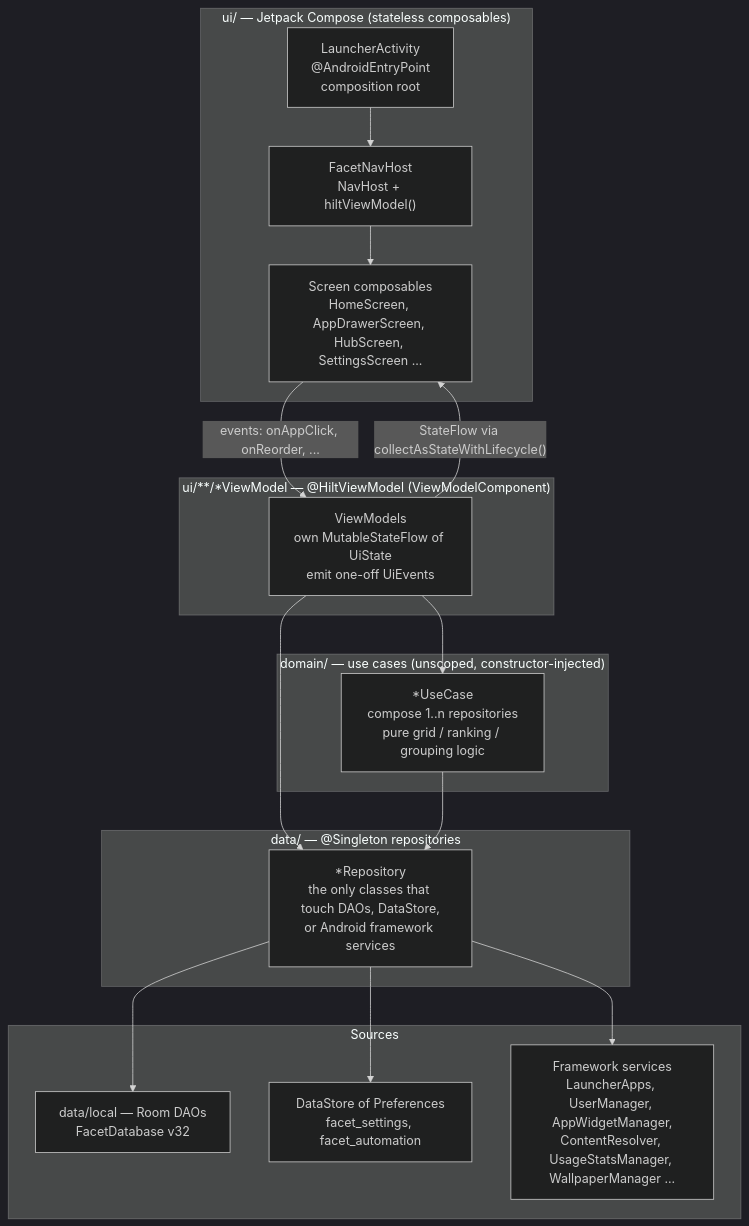
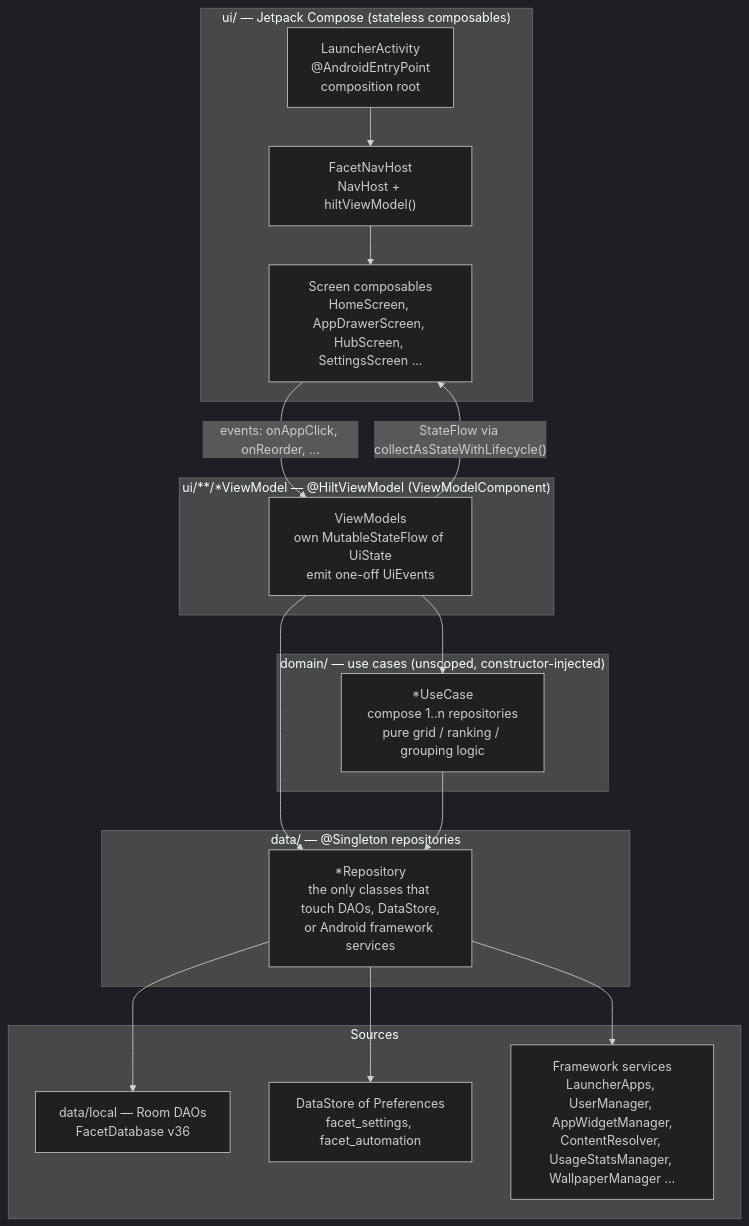
Before and after one commit to rohitganjam/facet-launcher: the first of 3 diagrams in docs/architecture/01-architecture-and-layers.md, drawn with Mermaid (dark theme). The commit also changed other lines of this file and 3 other files, not shown here.

````diff
--- a/docs/architecture/01-architecture-and-layers.md
+++ b/docs/architecture/01-architecture-and-layers.md
@@ -8,36 +8,36 @@
 ```mermaid
 flowchart TB
     subgraph UI["ui/ — Jetpack Compose (stateless composables)"]
         ACT["LauncherActivity\n@AndroidEntryPoint\ncomposition root"]
         NAV["FacetNavHost\nNavHost + hiltViewModel()"]
         SCR["Screen composables\nHomeScreen, AppDrawerScreen, HubScreen, SettingsScreen ..."]
         ACT --> NAV --> SCR
     end
 
     subgraph VM["ui/**/*ViewModel — @HiltViewModel (ViewModelComponent)"]
         VMS["ViewModels\nown MutableStateFlow of UiState\nemit one-off UiEvents"]
     end
 
     subgraph DOM["domain/ — use cases (unscoped, constructor-injected)"]
         UC["*UseCase\ncompose 1..n repositories\npure grid / ranking / grouping logic"]
     end
 
     subgraph DATA["data/ — @Singleton repositories"]
         REPO["*Repository\nthe only classes that touch DAOs, DataStore,\nor Android framework services"]
     end
 
     subgraph SRC["Sources"]
-        DAO["data/local — Room DAOs\nFacetDatabase v32"]
+        DAO["data/local — Room DAOs\nFacetDatabase v36"]
         DS["DataStore of Preferences\nfacet_settings, facet_automation"]
         FW["Framework services\nLauncherApps, UserManager, AppWidgetManager,\nContentResolver, UsageStatsManager, WallpaperManager ..."]
     end
 
     SCR -- "events: onAppClick, onReorder, ..." --> VMS
     VMS -- "StateFlow via collectAsStateWithLifecycle()" --> SCR
     VMS --> UC
     VMS --> REPO
     UC --> REPO
     REPO --> DAO
     REPO --> DS
     REPO --> FW
 ```
````
